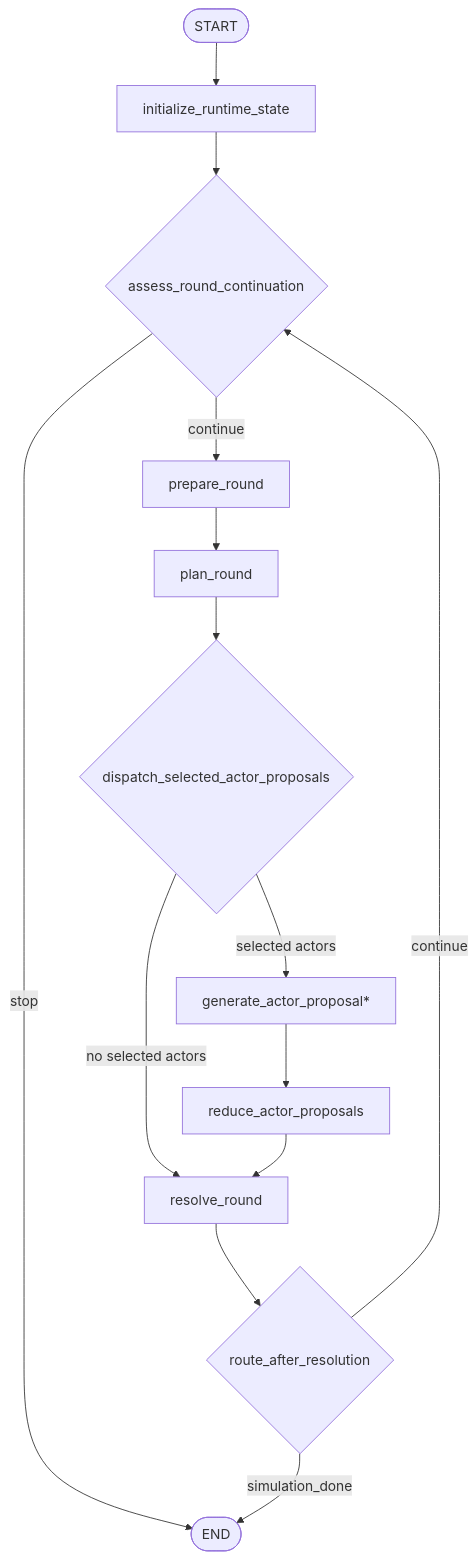
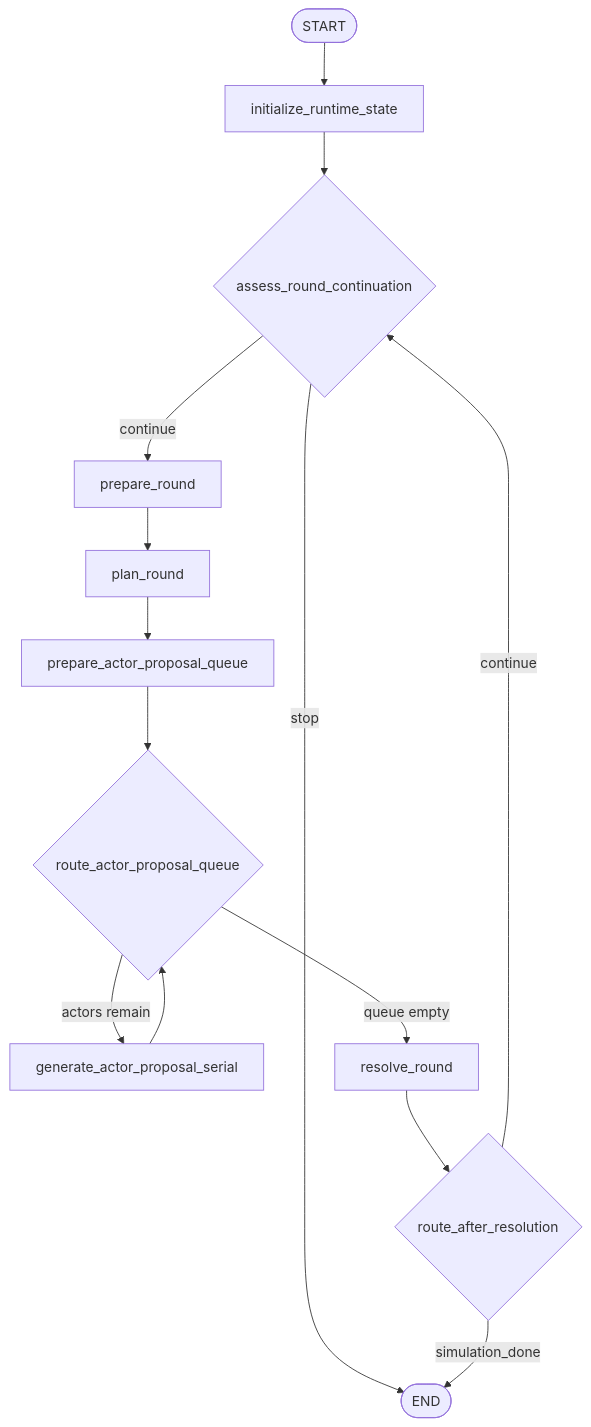
One commit to keonho-kim/simula changed the diagram in docs/workflows/runtime.md. Above: the diagram before and after it, drawn with Mermaid. The commit also changed other lines of this file and 259 other files, not shown here.

````diff
--- a/docs/workflows/runtime.md
+++ b/docs/workflows/runtime.md
@@ -10,16 +10,16 @@
 ```mermaid
 flowchart TD
     Start([START]) --> Init["initialize_runtime_state"]
     Init --> Continue{"assess_round_continuation"}
     Continue -->|continue| Prepare["prepare_round"]
     Continue -->|stop| End([END])
     Prepare --> Plan["plan_round"]
-    Plan --> Dispatch{"dispatch_selected_actor_proposals"}
-    Dispatch -->|selected actors| FanOut["generate_actor_proposal*"]
-    Dispatch -->|no selected actors| Resolve["resolve_round"]
-    FanOut --> Reduce["reduce_actor_proposals"]
-    Reduce --> Resolve
-    Resolve --> Route{"route_after_resolution"}
-    Route -->|simulation_done| End
-    Route -->|continue| Continue
+    Plan --> Queue["prepare_actor_proposal_queue"]
+    Queue --> ProposalRoute{"route_actor_proposal_queue"}
+    ProposalRoute -->|actors remain| Worker["generate_actor_proposal_serial"]
+    ProposalRoute -->|queue empty| Resolve["resolve_round"]
+    Worker --> ProposalRoute
+    Resolve --> ResolutionRoute{"route_after_resolution"}
+    ResolutionRoute -->|simulation_done| End
+    ResolutionRoute -->|continue| Continue
 ```
````
